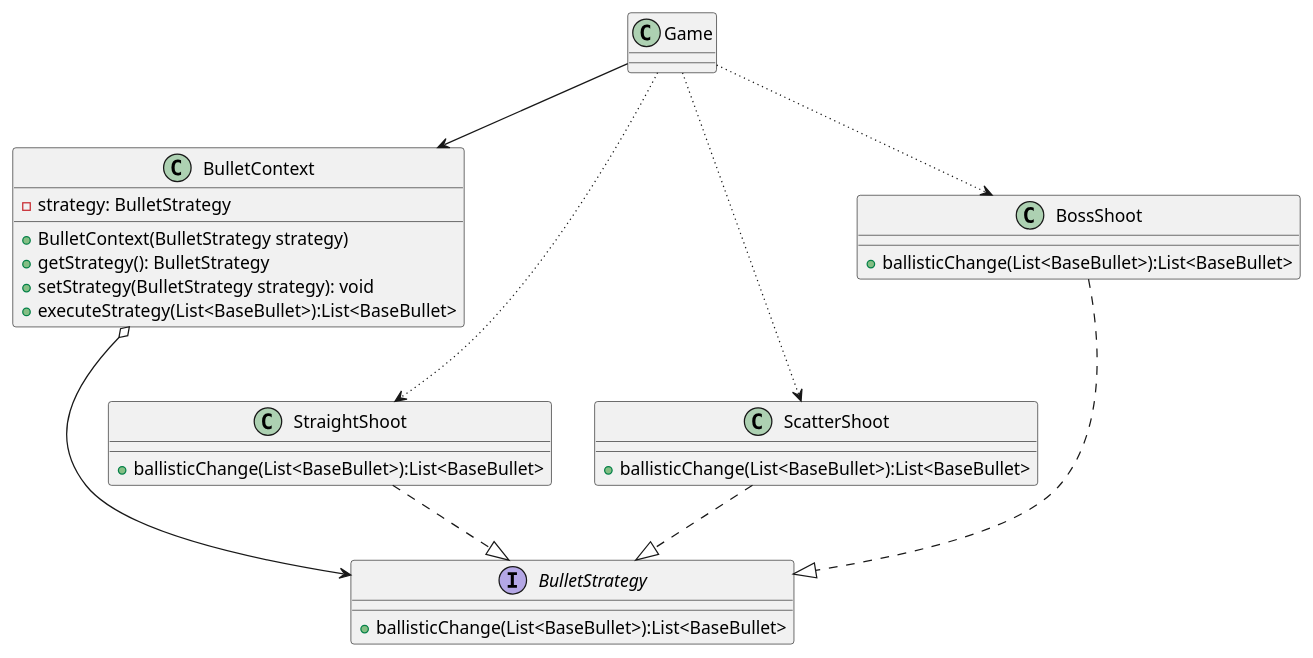
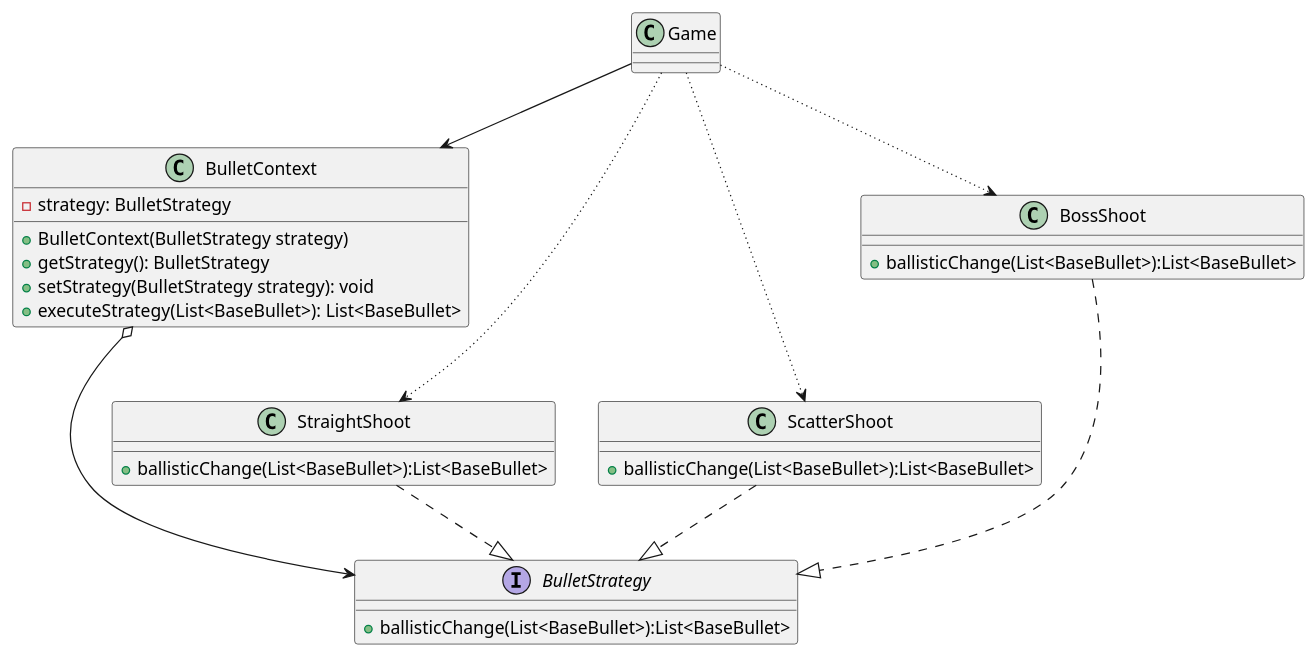
One commit to huang-feiyu/AircraftWar-lab changed the diagram in uml/Strategy.puml. Above: the diagram before and after it, drawn with PlantUML. The commit also changed 19 other files, not shown here.

```diff
--- a/uml/Strategy.puml
+++ b/uml/Strategy.puml
@@ -1,39 +1,39 @@
 @startuml
 'https://plantuml.com/class-diagram
 
 class Game {}
 
 class BulletContext {
     - strategy: BulletStrategy
     + BulletContext(BulletStrategy strategy)
     + getStrategy(): BulletStrategy
     + setStrategy(BulletStrategy strategy): void
-    + executeStrategy(List<BaseBullet>):List<BaseBullet>
+    + executeStrategy(List<BaseBullet>): List<BaseBullet>
 }
 
 interface BulletStrategy {
     + ballisticChange(List<BaseBullet>):List<BaseBullet>
 }
 
 class StraightShoot {
     + ballisticChange(List<BaseBullet>):List<BaseBullet>
 }
 
 class ScatterShoot {
     + ballisticChange(List<BaseBullet>):List<BaseBullet>
 }
 
 class BossShoot {
     + ballisticChange(List<BaseBullet>):List<BaseBullet>
 }
 
 Game --> BulletContext
 BulletContext o---> BulletStrategy
 StraightShoot .-|> BulletStrategy
 ScatterShoot .-|> BulletStrategy
 BossShoot .-|> BulletStrategy
 Game --> StraightShoot #line.dotted
 Game --> ScatterShoot #line.dotted
 Game --> BossShoot #line.dotted
 
 @enduml
```
